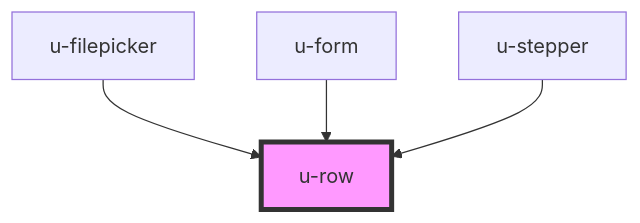
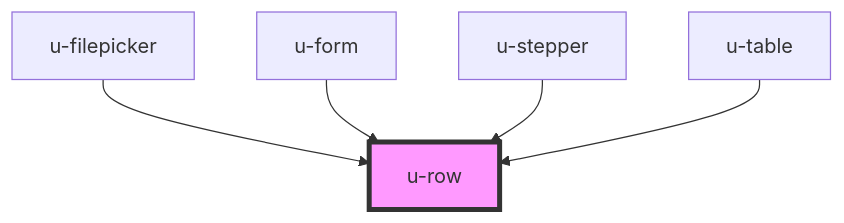
One commit to theUrbans/uniform changed the diagram in src/components/u-row/readme.md. Above: the diagram before and after it, drawn with Mermaid. The commit also changed other lines of this file and 12 other files, not shown here.

````diff
--- a/src/components/u-row/readme.md
+++ b/src/components/u-row/readme.md
@@ -28,7 +29,8 @@
 ```mermaid
 graph TD;
   u-filepicker --> u-row
   u-form --> u-row
   u-stepper --> u-row
+  u-table --> u-row
   style u-row fill:#f9f,stroke:#333,stroke-width:4px
 ```
````
